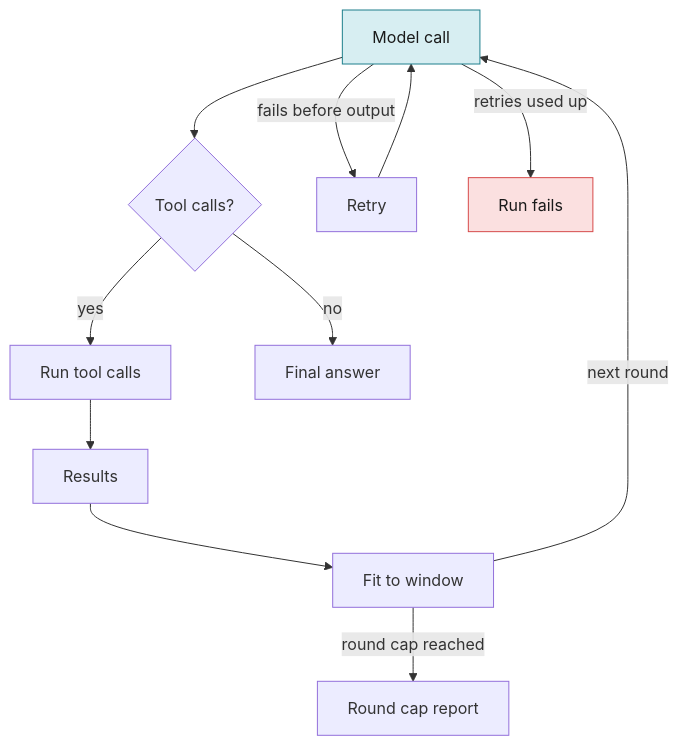
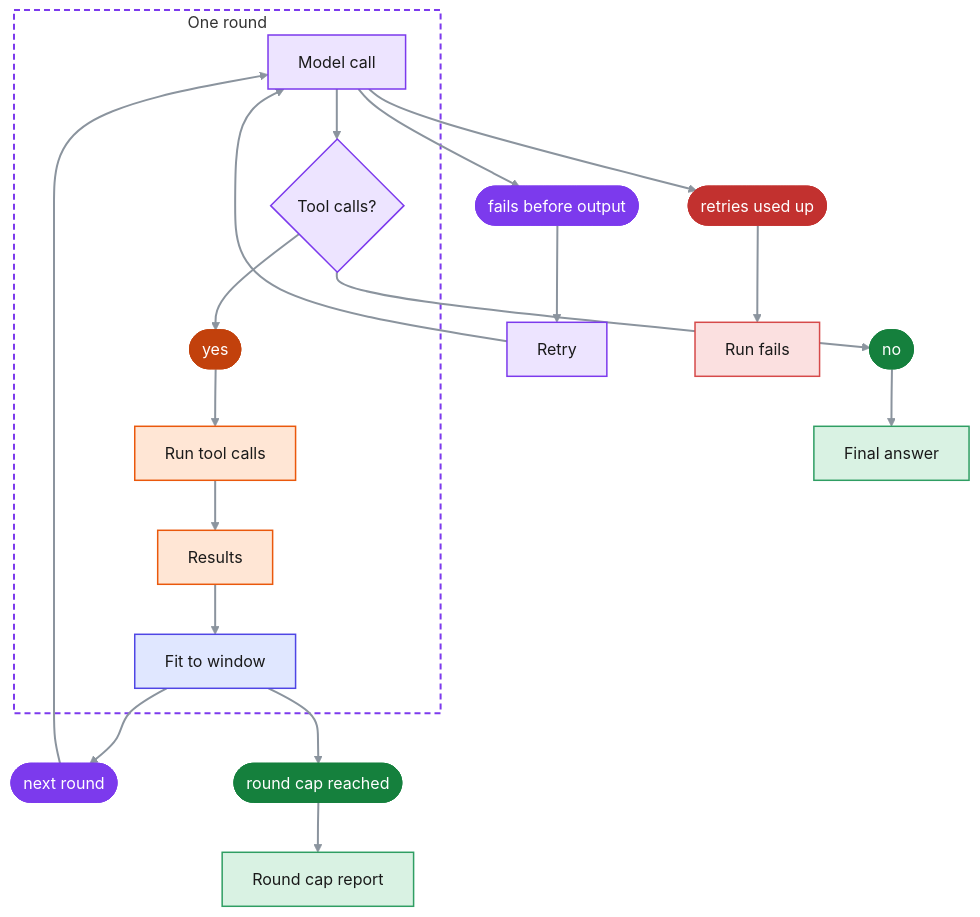
Before and after one commit to cdmx-in/kera: the third of 3 diagrams in docs/how-it-answers.md, drawn with Mermaid. The commit also changed other lines of this file and 4 other files, not shown here.

First line of the commit message:
docs: show the SVG diagrams in the README and how-it-answers, keep Mermaid as text

````diff
--- a/docs/how-it-answers.md
+++ b/docs/how-it-answers.md
@@ -448,17 +525,39 @@
 ```mermaid
 flowchart TD
-    modelCall["Model call"] --> calls{"Tool calls?"}
-    calls -->|"yes"| run["Run tool calls"]
-    run --> results["Results"]
-    results --> fit["Fit to window"]
-    fit -->|"next round"| modelCall
-    fit -->|"round cap reached"| cap["Round cap report"]
-    calls -->|"no"| final["Final answer"]
-    modelCall -->|"fails before output"| retry["Retry"]
+    subgraph round ["One round"]
+        modelCall["Model call"] --> calls{"Tool calls?"}
+        calls --> lYes(["yes"]) --> run["Run tool calls"]
+        run --> results["Results"]
+        results --> fit["Fit to window"]
+    end
+    fit --> lNext(["next round"]) --> modelCall
+    fit --> lCap(["round cap reached"]) --> cap["Round cap report"]
+    calls --> lNo(["no"]) --> final["Final answer"]
+    modelCall --> lFails(["fails before output"]) --> retry["Retry"]
     retry --> modelCall
-    modelCall -->|"retries used up"| fail["Run fails"]
-    classDef llm fill:#d7eef2,stroke:#1e7f8c,color:#1a1a1a
-    classDef bad fill:#fbe0e0,stroke:#d64a4a,color:#1a1a1a
-    class modelCall llm
-    class fail bad
+    modelCall --> lUsed(["retries used up"]) --> fail["Run fails"]
+    classDef cIn fill:#dbeafe,stroke:#2563eb,color:#1a1a1a,stroke-width:1.5px
+    classDef cCtx fill:#e0e7ff,stroke:#4f46e5,color:#1a1a1a,stroke-width:1.5px
+    classDef cKn fill:#d7eef2,stroke:#1e7f8c,color:#1a1a1a,stroke-width:1.5px
+    classDef cGd fill:#fdf0d2,stroke:#d9960f,color:#1a1a1a,stroke-width:1.5px
+    classDef cMd fill:#ede4ff,stroke:#7c3aed,color:#1a1a1a,stroke-width:1.5px
+    classDef cTl fill:#ffe6d5,stroke:#ea580c,color:#1a1a1a,stroke-width:1.5px
+    classDef cOt fill:#d9f2e3,stroke:#2f9e63,color:#1a1a1a,stroke-width:1.5px
+    classDef cBd fill:#fbe0e0,stroke:#d64a4a,color:#1a1a1a,stroke-width:1.5px
+    classDef pKn fill:#1e7f8c,stroke:#1e7f8c,color:#ffffff
+    classDef pTl fill:#c2410c,stroke:#c2410c,color:#ffffff
+    classDef pOt fill:#15803d,stroke:#15803d,color:#ffffff
+    classDef pMd fill:#7c3aed,stroke:#7c3aed,color:#ffffff
+    classDef pBd fill:#c2312f,stroke:#c2312f,color:#ffffff
+    class modelCall,calls,retry cMd
+    class run,results cTl
+    class fit cCtx
+    class final,cap cOt
+    class fail cBd
+    class lYes pTl
+    class lNext,lFails pMd
+    class lCap,lNo pOt
+    class lUsed pBd
+    style round fill:none,stroke:#7c3aed,stroke-width:2px,stroke-dasharray:6 4
+    linkStyle default stroke:#8b949e,stroke-width:2px
 ```
````
